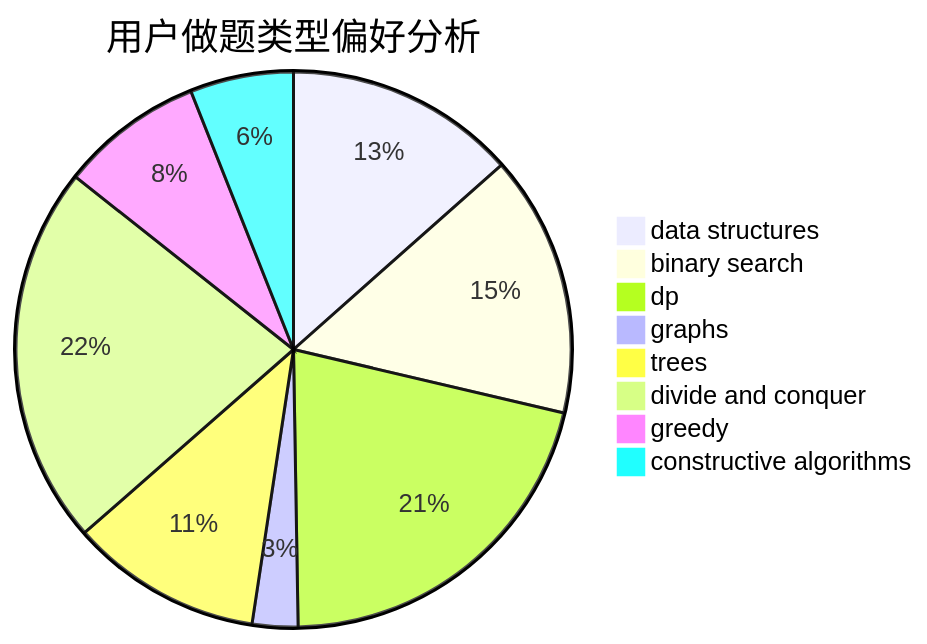
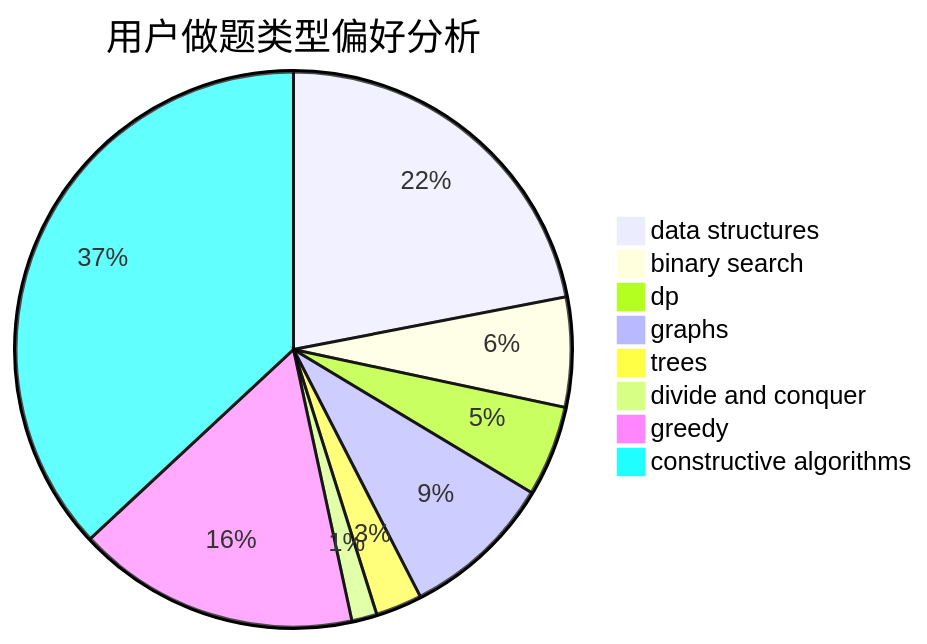
One commit to sherpahu/cfrs.github.io changed the second of 3 diagrams in docs/user/u543.md. Above: the diagram before and after it, drawn with Mermaid. The commit also changed other lines of this file and 2770 other files, not shown here.

````diff
--- a/docs/user/u543.md
+++ b/docs/user/u543.md
@@ -23,11 +23,11 @@
 ```mermaid
 pie title 用户做题类型偏好分析
-    "data structures" :  76
-    "binary search" :  86
-    "dp" :  119
-    "graphs" :  15
-    "trees" :  63
-    "divide and conquer" :  125
-    "greedy" :  47
-    "constructive algorithms" :  34
+    "data structures" :  179
+    "binary search" :  52
+    "dp" :  43
+    "graphs" :  72
+    "trees" :  22
+    "divide and conquer" :  12
+    "greedy" :  134
+    "constructive algorithms" :  301
 ```
````
